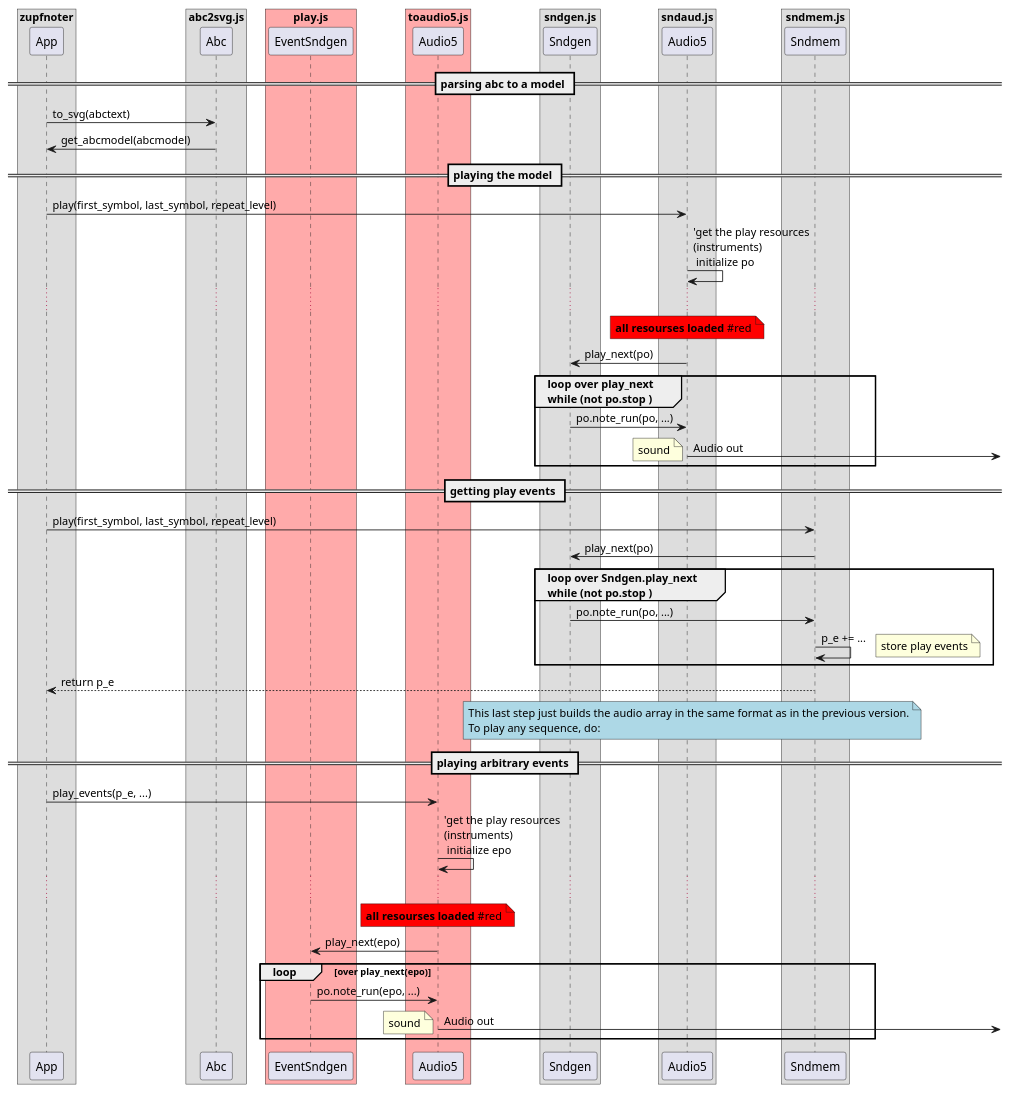
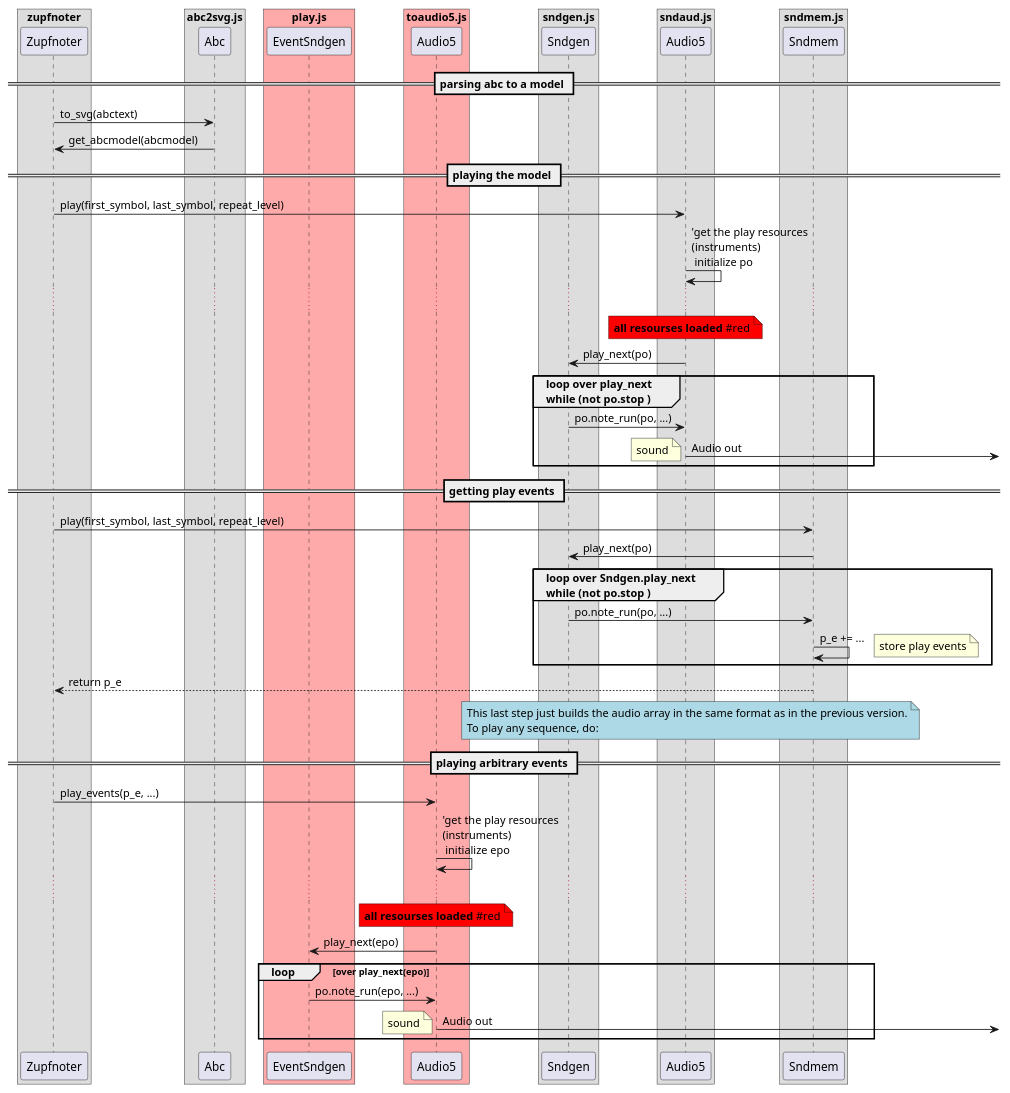
One commit to bwl21/zupfnoter changed the fourth of 7 diagrams in 30_sources/DD_Zupfnoter/DD_abc2svg_diagrams.plantuml. Above: the diagram before and after it, drawn with PlantUML. The commit also changed other lines of this file and 9 other files, not shown here.

First line of the commit message:
Uml diagrams, next iteration with abc2svg

```diff
--- a/30_sources/DD_Zupfnoter/DD_abc2svg_diagrams.plantuml
+++ b/30_sources/DD_Zupfnoter/DD_abc2svg_diagrams.plantuml
@@ -55,90 +55,90 @@
 @startuml "bigpicture-of-playing in abc2svg"
     skinparam BoxPadding 10
 
     box "zupfnoter"
-    participant App
+    participant Zupfnoter as App
     end box
 
     box "abc2svg.js"
     participant Abc
     end box
 
     box "play.js" #ffaaaa
     participant EventSndgen
     end box
 
     box "toaudio5.js" #ffaaaa
     participant Audio5 as ToAudio5
     end box
 
     box "sndgen.js"
     participant Sndgen
     end box
 
     box "sndaud.js"
     participant Audio5
     end box
 
     box "sndmem.js"
     participant Sndmem
     end box
 
 
 
     == parsing abc to a model ==
 
     App -> Abc:to_svg(abctext)
     Abc -> App:get_abcmodel(abcmodel)
 
     == playing the model ==
 
     App -> Audio5 : play(first_symbol, last_symbol, repeat_level)
 
     Audio5 -> Audio5 : 'get the play resources\n(instruments)\n initialize po
 
     ...
         note over Audio5 #red: **all resourses loaded** #red
 
     Audio5 -> Sndgen:play_next(po)
 
     group loop over play_next \nwhile (not po.stop )
        Sndgen -> Audio5 : po.note_run(po, ...)
        Audio5 -> : Audio out
        note right : sound
     end
 
     == getting play events ==
 
     App -> Sndmem : play(first_symbol, last_symbol, repeat_level)
     Sndmem -> Sndgen : play_next(po)
 
     group loop over Sndgen.play_next \nwhile (not po.stop )
          Sndgen -> Sndmem : po.note_run(po, ...)
          Sndmem -> Sndmem : p_e += ...
          note right : store play events
     end
 
     App <-- Sndmem : return p_e
 
     note over Sndgen, Sndmem #lightblue
     This last step just builds the audio array in the same format as in the previous version.
     To play any sequence, do:
     end note
     == playing arbitrary events ==
 
     App -> ToAudio5 : play_events(p_e, ...)
 
     ToAudio5 -> ToAudio5 : 'get the play resources\n(instruments)\n initialize epo
 
     ...
         note over ToAudio5 #red: **all resourses loaded** #red
 
     ToAudio5 -> EventSndgen : play_next(epo)
 
     loop over play_next(epo)
        EventSndgen -> ToAudio5 : po.note_run(epo, ...)
        ToAudio5 -> : Audio out
        note right : sound
     end
 
     @enduml
```
